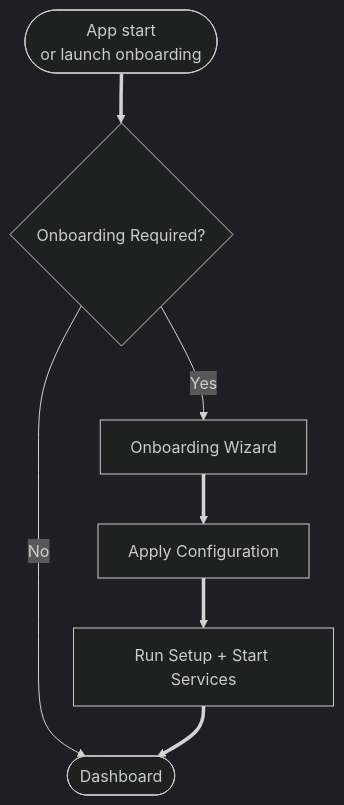
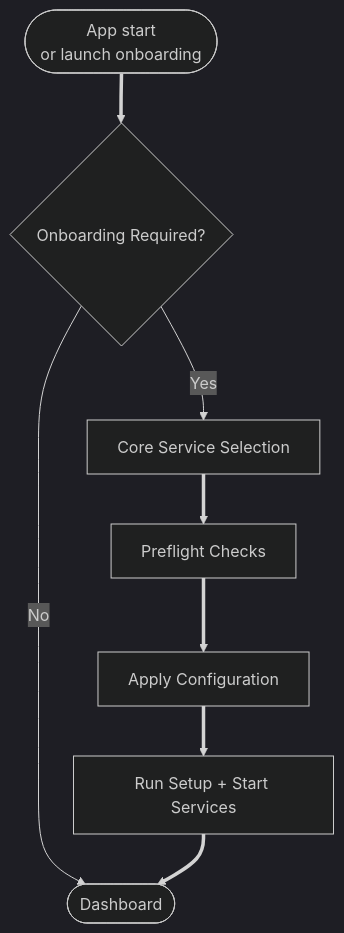
One commit to I-am-PUID-0/DUMB_docs changed the diagram in docs/frontend/onboarding.md. Above: the diagram before and after it, drawn with Mermaid (dark theme). The commit also changed other lines of this file and 3 other files, not shown here.

First line of the commit message:
feat(process): Adds dependency graph API and symlink enhancements

````diff
--- a/docs/frontend/onboarding.md
+++ b/docs/frontend/onboarding.md
@@ -26,17 +27,19 @@
 ```mermaid
 %%{ init: { "flowchart": { "curve": "basis" } } }%%
 flowchart TD
     A([App start<br/>or launch onboarding])
     B{Onboarding Required?}
-    C[Onboarding Wizard]
-    D[Apply Configuration]
-    E[Run Setup + Start Services]
-    F([Dashboard])
+    C[Core Service Selection]
+    D[Preflight Checks]
+    E[Apply Configuration]
+    F[Run Setup + Start Services]
+    G([Dashboard])
 
     A ==> B
-    B -- No --> F
+    B -- No --> G
     B -- Yes --> C
     C ==> D
     D ==> E
     E ==> F
+    F ==> G
 ```
````
